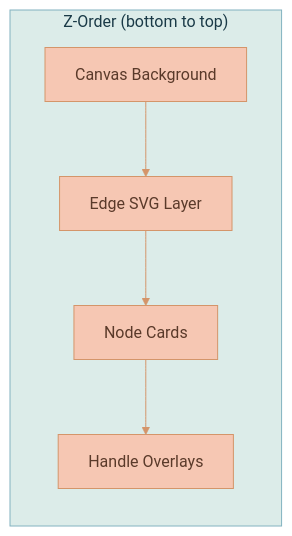
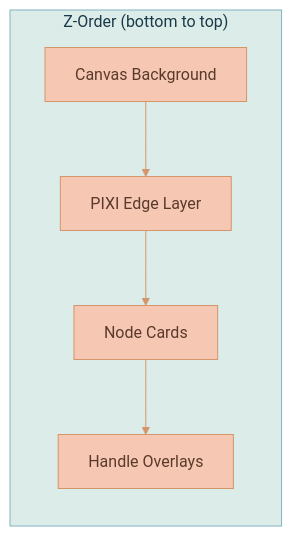
Before and after one commit to Lixpi/lixpi: diagram 14 of 17 in documentation/features/WORKSPACE-FEATURE.md, drawn with Mermaid. The commit also changed other lines of this file and 27 other files, not shown here.

````diff
--- a/documentation/features/WORKSPACE-FEATURE.md
+++ b/documentation/features/WORKSPACE-FEATURE.md
@@ -936,12 +939,12 @@
 ```mermaid
 %%{init: {'theme': 'base', 'themeVariables': { 'primaryColor': '#F6C7B3', 'primaryTextColor': '#5a3a2a', 'primaryBorderColor': '#d4956a', 'secondaryColor': '#C3DEDD', 'secondaryTextColor': '#1a3a47', 'secondaryBorderColor': '#4a8a9d', 'tertiaryColor': '#DCECE9', 'tertiaryTextColor': '#1a3a47', 'tertiaryBorderColor': '#82B2C0', 'lineColor': '#d4956a', 'textColor': '#5a3a2a'}}}%%
 flowchart LR
     subgraph "Z-Order (bottom to top)"
         BG[Canvas Background]
-        EDGES[Edge SVG Layer]
+        EDGES[PIXI Edge Layer]
         NODES[Node Cards]
         HANDLES[Handle Overlays]
     end
 
     BG --> EDGES --> NODES --> HANDLES
 ```
````
